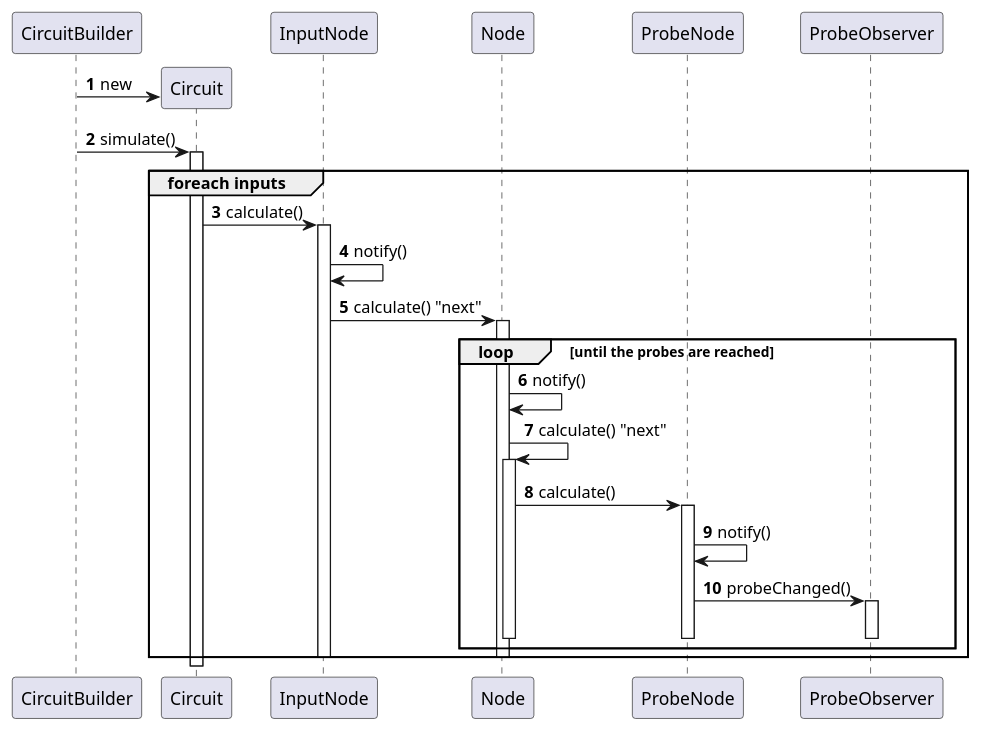
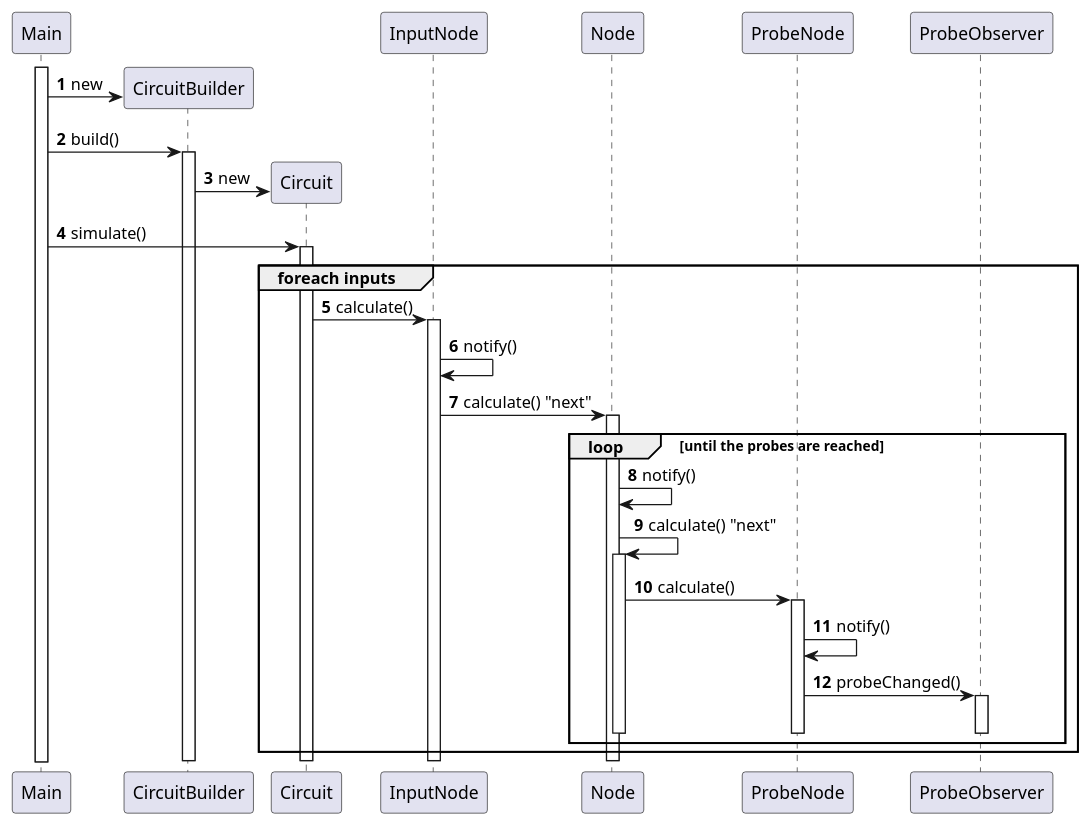
One commit to stevenliebregt/avans-dp1-sirkwie changed the diagram in docs/diagrams/sequence.puml. Above: the diagram before and after it, drawn with PlantUML.

```diff
--- a/docs/diagrams/sequence.puml
+++ b/docs/diagrams/sequence.puml
@@ -1,31 +1,37 @@
 @startuml
 autonumber
 
+Main ++
+Main -> CircuitBuilder ** : new
+Main -> CircuitBuilder ++ : build()
+
 CircuitBuilder -> Circuit ** : new
-CircuitBuilder -> Circuit ++ : simulate()
+Main -> Circuit ++ : simulate()
 
 group foreach inputs
     Circuit -> InputNode ++ : calculate()
 
     InputNode -> InputNode : notify()
     InputNode -> Node ++ : calculate() "next"
 
     loop until the probes are reached
     Node -> Node : notify()
     Node -> Node ++ : calculate() "next"
 
     Node -> ProbeNode ++ : calculate()
     ProbeNode -> ProbeNode : notify()
 
     ProbeNode -> ProbeObserver ++ : probeChanged()
     ProbeNode --
     ProbeObserver --
     Node --
 
     end
-    Node --
-    InputNode --
 end
 
+Node --
+InputNode --
+CircuitBuilder --
 Circuit --
+
 @enduml
```
